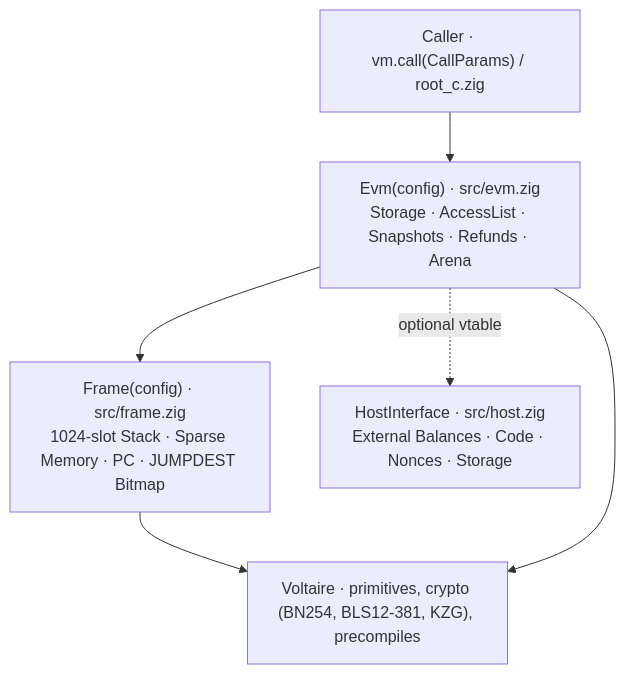
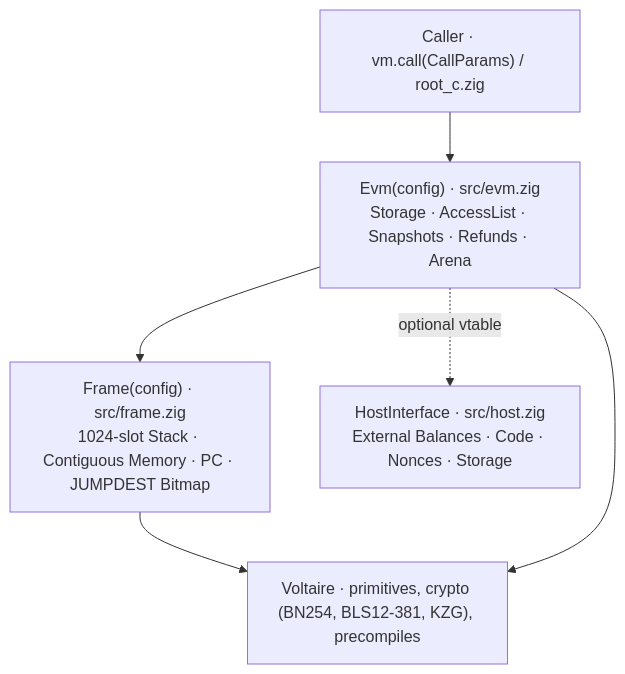
One commit to evmts/guillotine-mini changed the diagram in README.md. Above: the diagram before and after it, drawn with Mermaid. The commit also changed other lines of this file and 127 other files, not shown here.

````diff
--- a/README.md
+++ b/README.md
@@ -111,8 +111,8 @@
 ```mermaid
 flowchart TB
   C["Caller · vm.call(CallParams) / root_c.zig"] --> E["Evm(config) · src/evm.zig\nStorage · AccessList · Snapshots · Refunds · Arena"]
-  E --> F["Frame(config) · src/frame.zig\n1024-slot Stack · Sparse Memory · PC · JUMPDEST Bitmap"]
+  E --> F["Frame(config) · src/frame.zig\n1024-slot Stack · Contiguous Memory · PC · JUMPDEST Bitmap"]
   E -. "optional vtable" .-> H["HostInterface · src/host.zig\nExternal Balances · Code · Nonces · Storage"]
   F --> V["Voltaire · primitives, crypto (BN254, BLS12-381, KZG), precompiles"]
   E --> V
 ```
````
